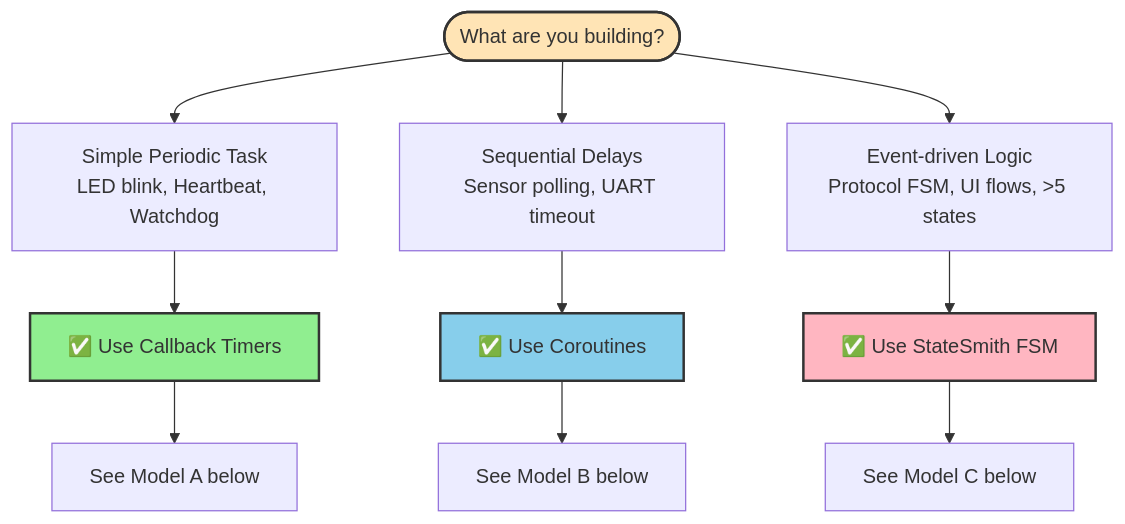
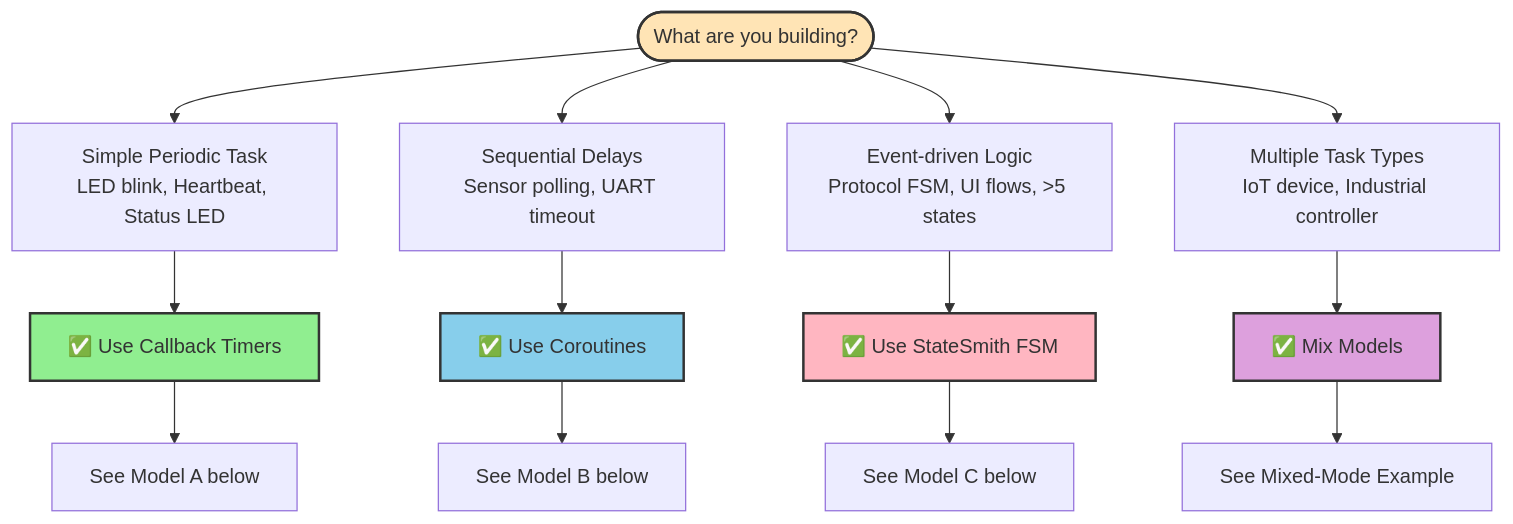
Before and after one commit to Welkon/Safetimer: the first of 2 diagrams in tutorials/quick-start.md, drawn with Mermaid. The commit also changed other lines of this file and 1 other file, not shown here.

Commit message:
feat: introduce mixed-mode timer usage examples and guidance in quick-start and coroutines tutorials

````diff
--- a/tutorials/quick-start.md
+++ b/tutorials/quick-start.md
@@ -72,21 +72,25 @@
 ```mermaid
 flowchart TD
     Start([What are you building?])
 
-    Start --> Simple[Simple Periodic Task<br/>LED blink, Heartbeat, Watchdog]
+    Start --> Simple[Simple Periodic Task<br/>LED blink, Heartbeat, Status LED]
     Start --> Sequential[Sequential Delays<br/>Sensor polling, UART timeout]
     Start --> Complex[Event-driven Logic<br/>Protocol FSM, UI flows, >5 states]
+    Start --> Mixed[Multiple Task Types<br/>IoT device, Industrial controller]
 
     Simple --> ModelA[✅ Use Callback Timers]
     Sequential --> ModelB[✅ Use Coroutines]
     Complex --> ModelC[✅ Use StateSmith FSM]
+    Mixed --> ModelMix[✅ Mix Models]
 
     ModelA --> ImplA[See Model A below]
     ModelB --> ImplB[See Model B below]
     ModelC --> ImplC[See Model C below]
+    ModelMix --> ImplMix[See Mixed-Mode Example]
 
     style ModelA fill:#90EE90,stroke:#333,stroke-width:2px
     style ModelB fill:#87CEEB,stroke:#333,stroke-width:2px
     style ModelC fill:#FFB6C1,stroke:#333,stroke-width:2px
+    style ModelMix fill:#DDA0DD,stroke:#333,stroke-width:2px
     style Start fill:#FFE4B5,stroke:#333,stroke-width:2px
 ```
````
